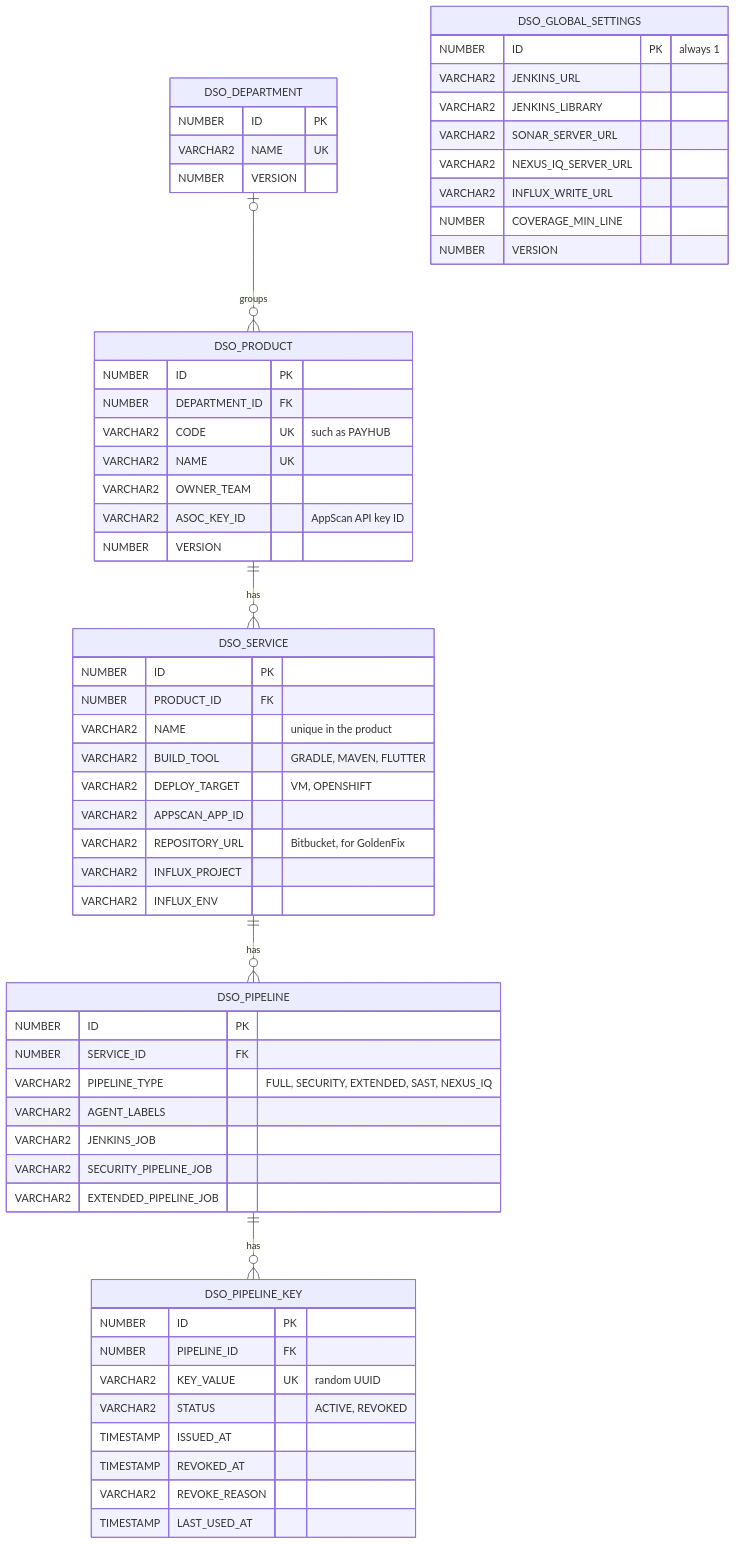
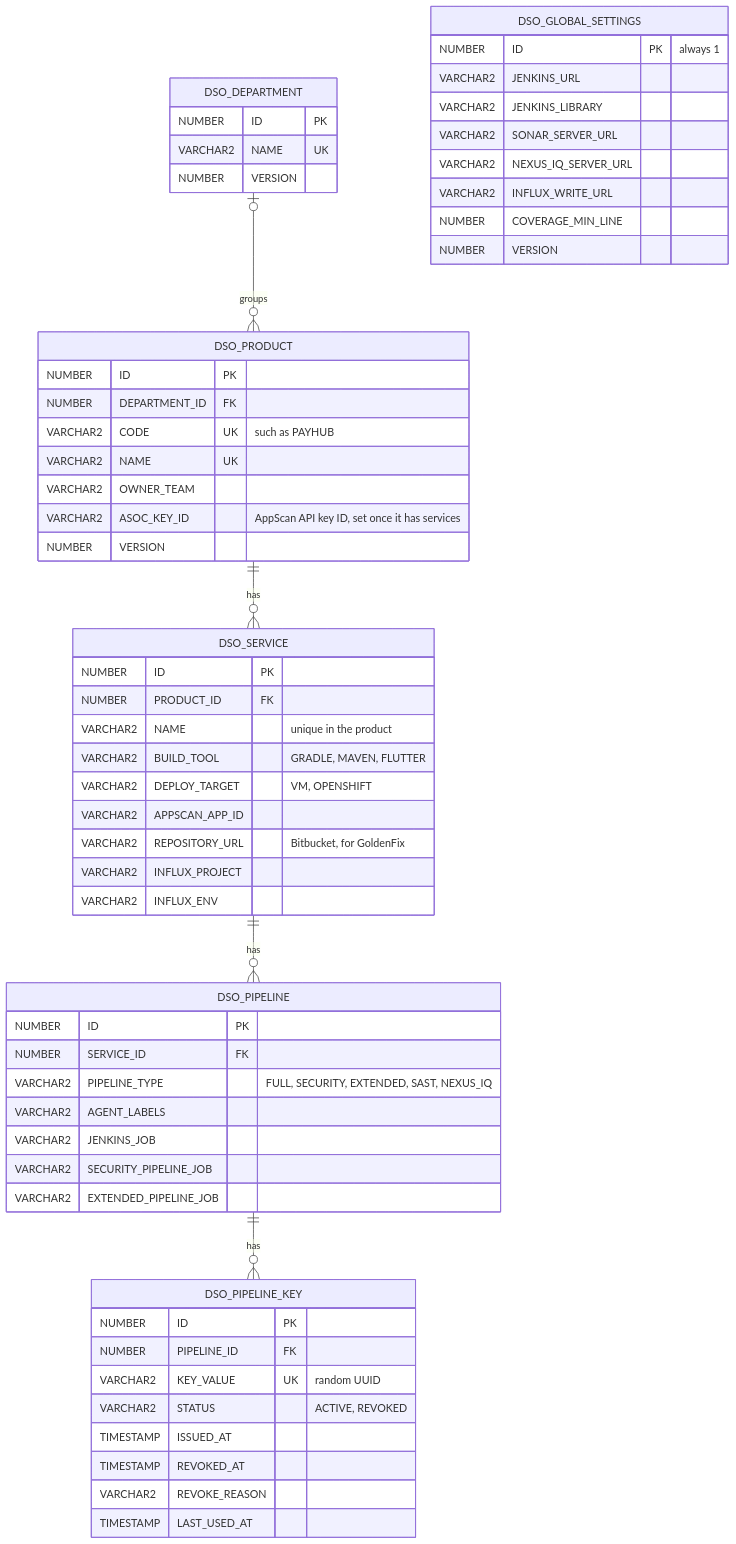
One commit to mateuszmatan/DSOMgmtPortal changed the fifth of 6 diagrams in README.md. Above: the diagram before and after it, drawn with Mermaid. The commit also changed other lines of this file and 13 other files, not shown here.

````diff
--- a/README.md
+++ b/README.md
@@ -396,61 +401,61 @@
 ```mermaid
 erDiagram
     DSO_DEPARTMENT |o--o{ DSO_PRODUCT : groups
     DSO_PRODUCT ||--o{ DSO_SERVICE : has
     DSO_SERVICE ||--o{ DSO_PIPELINE : has
     DSO_PIPELINE ||--o{ DSO_PIPELINE_KEY : has
     DSO_DEPARTMENT {
         NUMBER ID PK
         VARCHAR2 NAME UK
         NUMBER VERSION
     }
     DSO_PRODUCT {
         NUMBER ID PK
         NUMBER DEPARTMENT_ID FK
         VARCHAR2 CODE UK "such as PAYHUB"
         VARCHAR2 NAME UK
         VARCHAR2 OWNER_TEAM
-        VARCHAR2 ASOC_KEY_ID "AppScan API key ID"
+        VARCHAR2 ASOC_KEY_ID "AppScan API key ID, set once it has services"
         NUMBER VERSION
     }
     DSO_SERVICE {
         NUMBER ID PK
         NUMBER PRODUCT_ID FK
         VARCHAR2 NAME "unique in the product"
         VARCHAR2 BUILD_TOOL "GRADLE, MAVEN, FLUTTER"
         VARCHAR2 DEPLOY_TARGET "VM, OPENSHIFT"
         VARCHAR2 APPSCAN_APP_ID
         VARCHAR2 REPOSITORY_URL "Bitbucket, for GoldenFix"
         VARCHAR2 INFLUX_PROJECT
         VARCHAR2 INFLUX_ENV
     }
     DSO_PIPELINE {
         NUMBER ID PK
         NUMBER SERVICE_ID FK
         VARCHAR2 PIPELINE_TYPE "FULL, SECURITY, EXTENDED, SAST, NEXUS_IQ"
         VARCHAR2 AGENT_LABELS
         VARCHAR2 JENKINS_JOB
         VARCHAR2 SECURITY_PIPELINE_JOB
         VARCHAR2 EXTENDED_PIPELINE_JOB
     }
     DSO_PIPELINE_KEY {
         NUMBER ID PK
         NUMBER PIPELINE_ID FK
         VARCHAR2 KEY_VALUE UK "random UUID"
         VARCHAR2 STATUS "ACTIVE, REVOKED"
         TIMESTAMP ISSUED_AT
         TIMESTAMP REVOKED_AT
         VARCHAR2 REVOKE_REASON
         TIMESTAMP LAST_USED_AT
     }
     DSO_GLOBAL_SETTINGS {
         NUMBER ID PK "always 1"
         VARCHAR2 JENKINS_URL
         VARCHAR2 JENKINS_LIBRARY
         VARCHAR2 SONAR_SERVER_URL
         VARCHAR2 NEXUS_IQ_SERVER_URL
         VARCHAR2 INFLUX_WRITE_URL
         NUMBER COVERAGE_MIN_LINE
         NUMBER VERSION
     }
 ```
````
